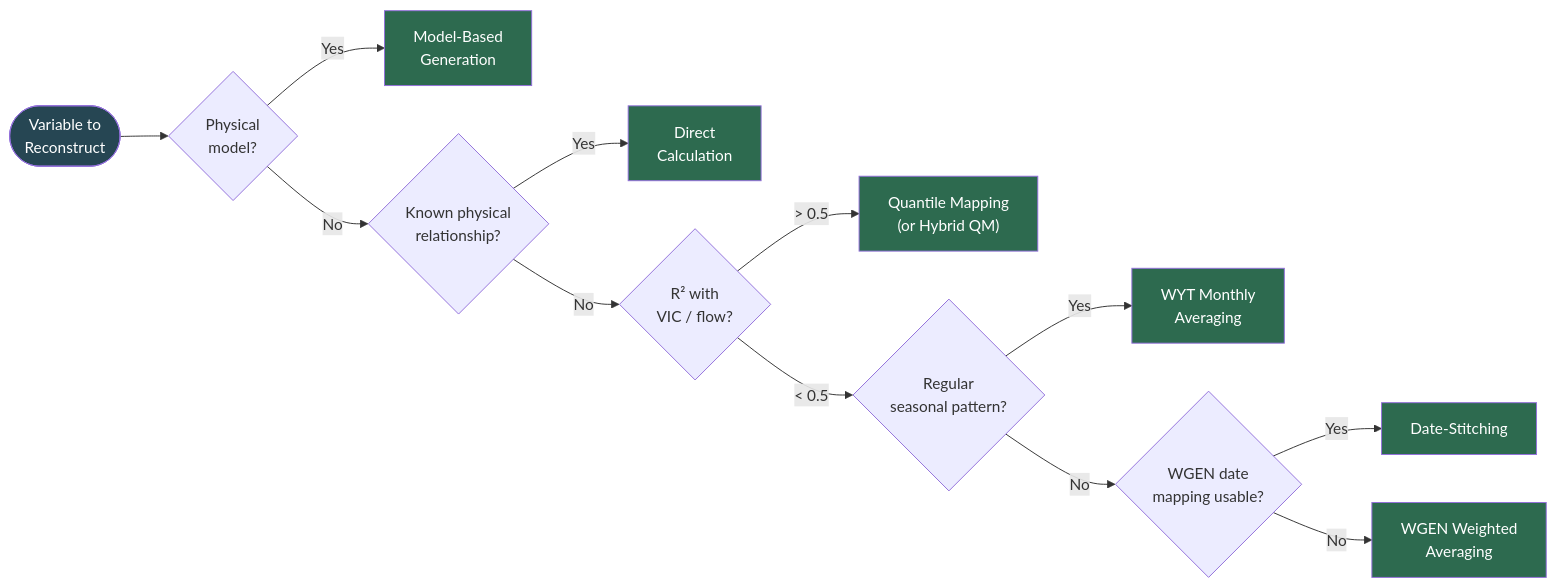
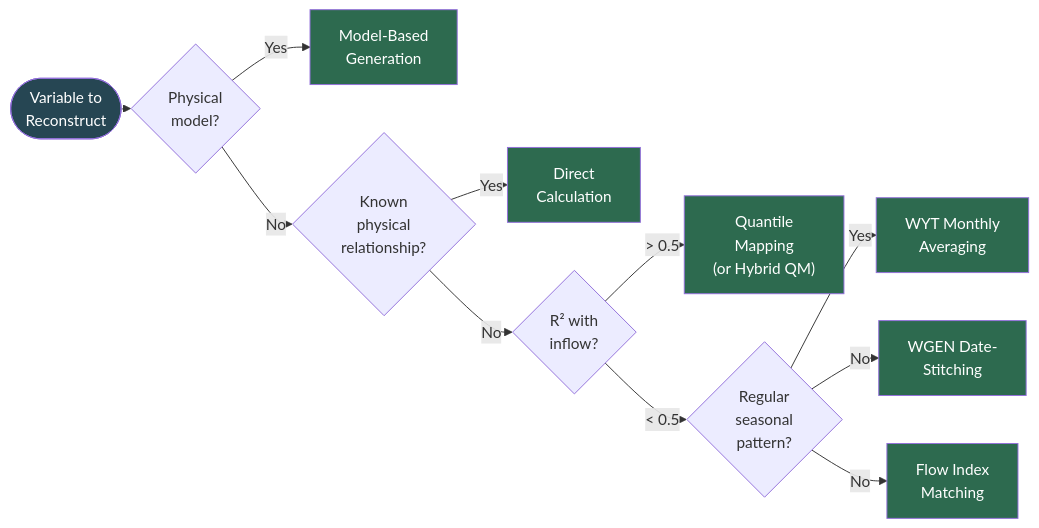
Before and after one commit to CentralValleyModeling/calsim3-stochastic-input-generation: the first of 4 diagrams in docs/source/methods.md, drawn with Mermaid. The commit also changed other lines of this file and 26 other files, not shown here.

````diff
--- a/docs/source/methods.md
+++ b/docs/source/methods.md
@@ -53,22 +42,22 @@
 ```{mermaid}
+%%{init: {'flowchart': {'nodeSpacing': 50, 'rankSpacing': 10}}}%%
 flowchart LR
     START(["Variable to<br/>Reconstruct"]) --> PHYS{"Physical<br/>model?"}
     PHYS -->|Yes| MODEL["Model-Based<br/>Generation"]
-    PHYS -->|No| FORMULA{"Known physical<br/>relationship?"}
+    PHYS -->|No| FORMULA{"Known<br/>physical<br/>relationship?"}
     FORMULA -->|Yes| DIRECT["Direct<br/>Calculation"]
-    FORMULA -->|No| CORR{"R&sup2; with<br/>VIC / flow?"}
-    CORR -->|"> 0.5"| QM["Quantile Mapping<br/>(or Hybrid QM)"]
-    CORR -->|"< 0.5"| PATTERN{"Regular<br/>seasonal pattern?"}
+    FORMULA -->|No| CORR{"R&sup2; with<br/>inflow?"}
+    CORR -->|"> 0.5"| QM["Quantile<br/>Mapping<br/>(or Hybrid QM)"]
+    CORR -->|"< 0.5"| PATTERN{"Regular<br/>seasonal<br/>pattern?"}
     PATTERN -->|Yes| WYT_AVG["WYT Monthly<br/>Averaging"]
-    PATTERN -->|No| DATES{"WGEN date<br/>mapping usable?"}
-    DATES -->|Yes| STITCH["Date-Stitching"]
-    DATES -->|No| WTAVG["WGEN Weighted<br/>Averaging"]
+    PATTERN -->|No| STITCH["WGEN Date-<br/>Stitching"]
+    PATTERN -->|No| FLOW["Flow Index<br/>Matching"]
 
     style MODEL fill:#2d6a4f,color:#fff
     style QM fill:#2d6a4f,color:#fff
     style WYT_AVG fill:#2d6a4f,color:#fff
     style DIRECT fill:#2d6a4f,color:#fff
     style STITCH fill:#2d6a4f,color:#fff
-    style WTAVG fill:#2d6a4f,color:#fff
+    style FLOW fill:#2d6a4f,color:#fff
     style START fill:#264653,color:#fff
 ```
````
